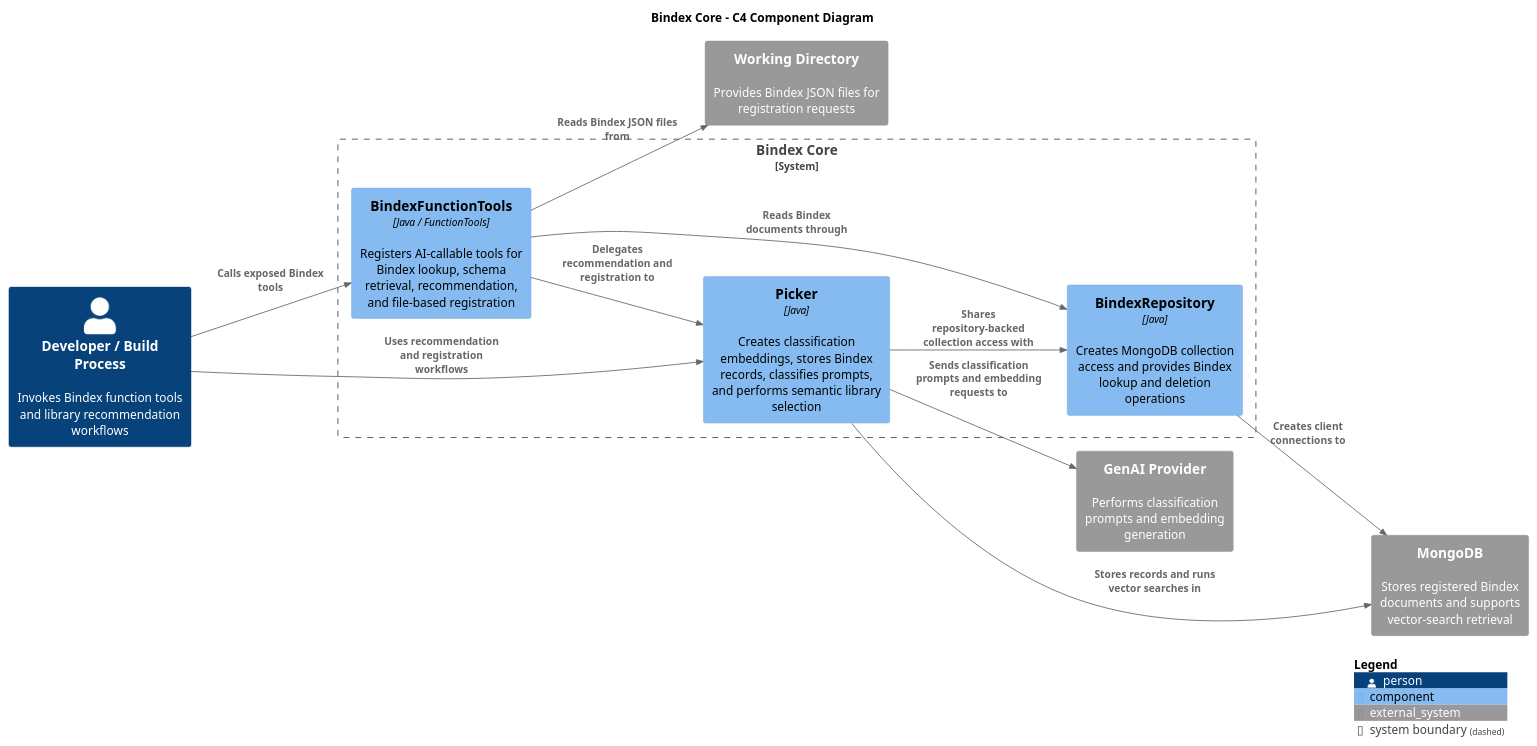
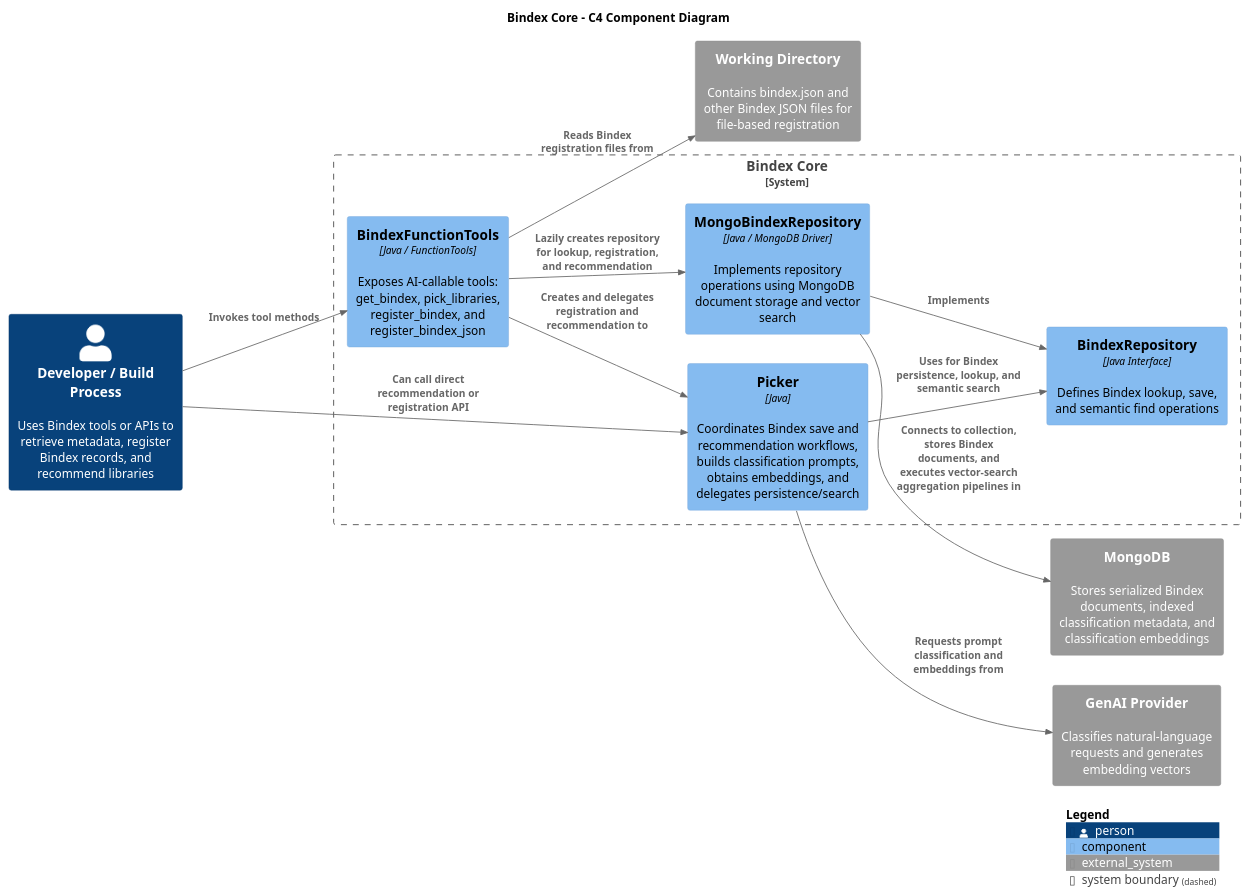
Before and after one commit to machanism-org/machai: the diagram in bindex-core/src/site/puml/c4-diagram.puml, drawn with PlantUML. The commit also changed 1 other file, not shown here.

```diff
--- a/bindex-core/src/site/puml/c4-diagram.puml
+++ b/bindex-core/src/site/puml/c4-diagram.puml
@@ -10,33 +10,33 @@
 @startuml
 !includeurl https://raw.githubusercontent.com/plantuml-stdlib/C4-PlantUML/master/C4_Component.puml
 
 LAYOUT_LEFT_RIGHT()
 
 title Bindex Core - C4 Component Diagram
 
-Person(user, "Developer / Build Process", "Invokes Bindex function tools and library recommendation workflows")
-System_Ext(fileSystem, "Working Directory", "Provides Bindex JSON files for registration requests")
-System_Ext(genaiProvider, "GenAI Provider", "Performs classification prompts and embedding generation")
-System_Ext(mongodb, "MongoDB", "Stores registered Bindex documents and supports vector-search retrieval")
+Person(user, "Developer / Build Process", "Uses Bindex tools or APIs to retrieve metadata, register Bindex records, and recommend libraries")
+System_Ext(fileSystem, "Working Directory", "Contains bindex.json and other Bindex JSON files for file-based registration")
+System_Ext(genaiProvider, "GenAI Provider", "Classifies natural-language requests and generates embedding vectors")
+System_Ext(mongodb, "MongoDB", "Stores serialized Bindex documents, indexed classification metadata, and classification embeddings")
 
 System_Boundary(bindexCore, "Bindex Core") {
-  Component(bindexFunctionTools, "BindexFunctionTools", "Java / FunctionTools", "Registers AI-callable tools for Bindex lookup, schema retrieval, recommendation, and file-based registration")
-  Component(picker, "Picker", "Java", "Creates classification embeddings, stores Bindex records, classifies prompts, and performs semantic library selection")
-  Component(repository, "BindexRepository", "Java", "Creates MongoDB collection access and provides Bindex lookup and deletion operations")
+  Component(bindexFunctionTools, "BindexFunctionTools", "Java / FunctionTools", "Exposes AI-callable tools: get_bindex, pick_libraries, register_bindex, and register_bindex_json")
+  Component(picker, "Picker", "Java", "Coordinates Bindex save and recommendation workflows, builds classification prompts, obtains embeddings, and delegates persistence/search")
+  Component(repositoryInterface, "BindexRepository", "Java Interface", "Defines Bindex lookup, save, and semantic find operations")
+  Component(mongoRepository, "MongoBindexRepository", "Java / MongoDB Driver", "Implements repository operations using MongoDB document storage and vector search")
 }
 
-Rel(user, bindexFunctionTools, "Calls exposed Bindex tools")
-Rel(user, picker, "Uses recommendation and registration workflows")
+Rel(user, bindexFunctionTools, "Invokes tool methods")
+Rel(user, picker, "Can call direct recommendation or registration API")
 
-Rel(bindexFunctionTools, repository, "Reads Bindex documents through")
-Rel(bindexFunctionTools, picker, "Delegates recommendation and registration to")
-Rel(bindexFunctionTools, fileSystem, "Reads Bindex JSON files from")
+Rel(bindexFunctionTools, fileSystem, "Reads Bindex registration files from")
+Rel(bindexFunctionTools, picker, "Creates and delegates registration and recommendation to")
+Rel(bindexFunctionTools, mongoRepository, "Lazily creates repository for lookup, registration, and recommendation")
 
-Rel(picker, genaiProvider, "Sends classification prompts and embedding requests to")
-Rel(picker, mongodb, "Stores records and runs vector searches in")
-Rel(picker, repository, "Shares repository-backed collection access with")
-
-Rel(repository, mongodb, "Creates client connections to")
+Rel(picker, genaiProvider, "Requests prompt classification and embeddings from")
+Rel(picker, repositoryInterface, "Uses for Bindex persistence, lookup, and semantic search")
+Rel(mongoRepository, repositoryInterface, "Implements")
+Rel(mongoRepository, mongodb, "Connects to collection, stores Bindex documents, and executes vector-search aggregation pipelines in")
 
 SHOW_LEGEND()
 @enduml
```
